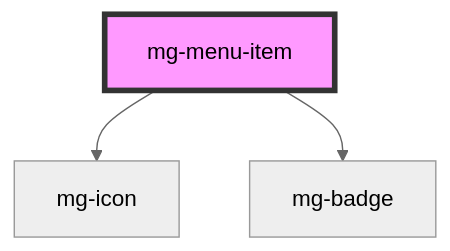
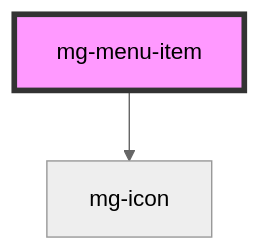
Before and after one commit to MGDIS/mg-components: the diagram in src/components/molecules/menu/mg-menu-item/readme.md, drawn with Mermaid (neutral theme). The commit also changed other lines of this file and 6 other files, not shown here.

First line of the commit message:
feat(mgMenuItem): change icon and badge props for slots

````diff
--- a/src/components/molecules/menu/mg-menu-item/readme.md
+++ b/src/components/molecules/menu/mg-menu-item/readme.md
@@ -186,6 +183,5 @@
 ```mermaid
 graph TD;
   mg-menu-item --> mg-icon
-  mg-menu-item --> mg-badge
   style mg-menu-item fill:#f9f,stroke:#333,stroke-width:4px
 ```
````
